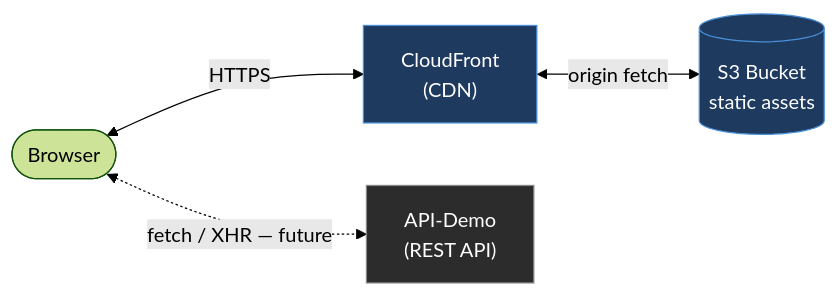
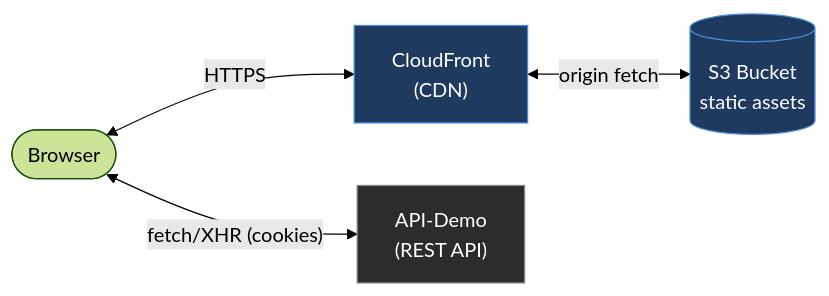
One commit to justinl-y/demo-platform changed the diagram in app-demo/README.md. Above: the diagram before and after it, drawn with Mermaid (forest theme). The commit also changed other lines of this file and 74 other files, not shown here.

````diff
--- a/app-demo/README.md
+++ b/app-demo/README.md
@@ -28,17 +32,17 @@
 ```mermaid
 flowchart LR
   User(["Browser"])
   CF["CloudFront<br/>(CDN)"]
   S3[("S3 Bucket<br/>static assets")]
   API["API-Demo<br/>(REST API)"]
 
   User <-->|HTTPS| CF
   CF <-->|origin fetch| S3
-  User <-.->|fetch / XHR — future| API
+  User <-->|"fetch/XHR (cookies)"| API
 
   classDef edge fill:#1e3a5f,stroke:#4a90d9,color:#fff
   classDef ext  fill:#2c2c2c,stroke:#888,color:#fff
 
   class CF,S3 edge
   class API ext
 ```
````
